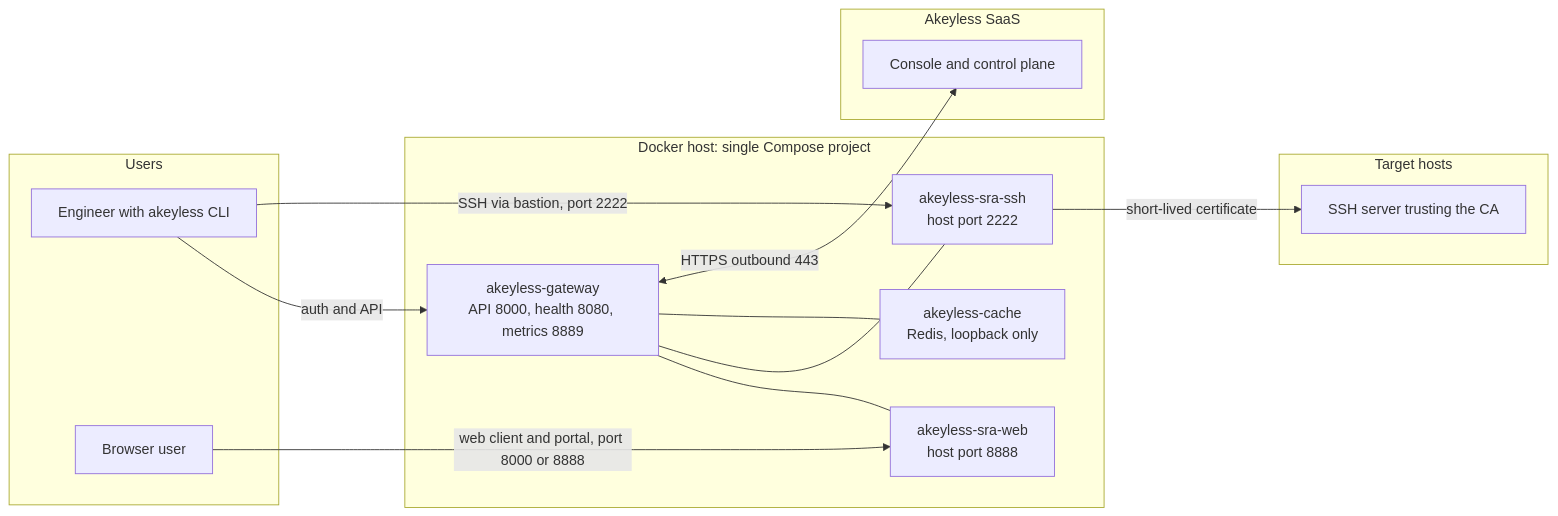
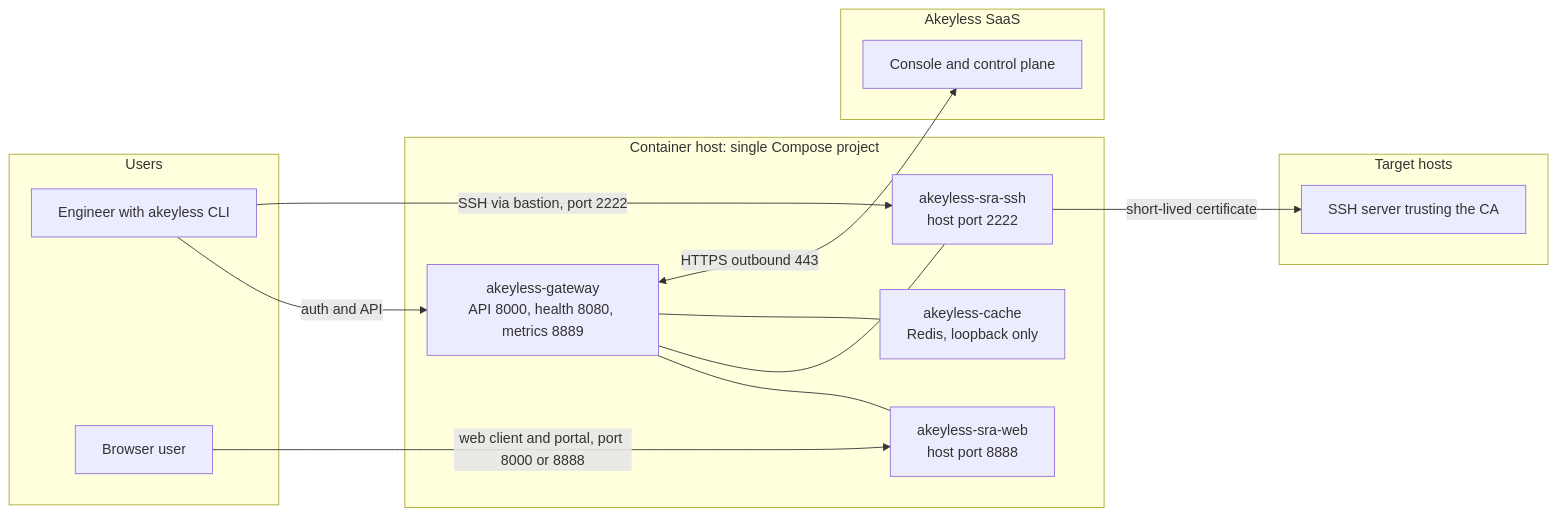
One commit to Fahmy-Kadiri-akl/akeyless-sra-docker-runbook changed the diagram in README.md. Above: the diagram before and after it, drawn with Mermaid. The commit also changed other lines of this file and 21 other files, not shown here.

````diff
--- a/README.md
+++ b/README.md
@@ -58,31 +83,31 @@
 ```mermaid
 flowchart LR
     subgraph users["Users"]
         CLI["Engineer with akeyless CLI"]
         BR["Browser user"]
     end
 
-    subgraph host["Docker host: single Compose project"]
+    subgraph host["Container host: single Compose project"]
         GW["akeyless-gateway<br/>API 8000, health 8080, metrics 8889"]
         SSHB["akeyless-sra-ssh<br/>host port 2222"]
         WEBB["akeyless-sra-web<br/>host port 8888"]
         CACHE["akeyless-cache<br/>Redis, loopback only"]
     end
 
     subgraph saas["Akeyless SaaS"]
         CONSOLE["Console and control plane"]
     end
 
     subgraph targets["Target hosts"]
         SRV["SSH server trusting the CA"]
     end
 
     CLI -->|"SSH via bastion, port 2222"| SSHB
     BR -->|"web client and portal, port 8000 or 8888"| WEBB
     CLI -->|"auth and API"| GW
     GW <-->|"HTTPS outbound 443"| CONSOLE
     GW --- CACHE
     GW --- SSHB
     GW --- WEBB
     SSHB -->|"short-lived certificate"| SRV
 ```
````
